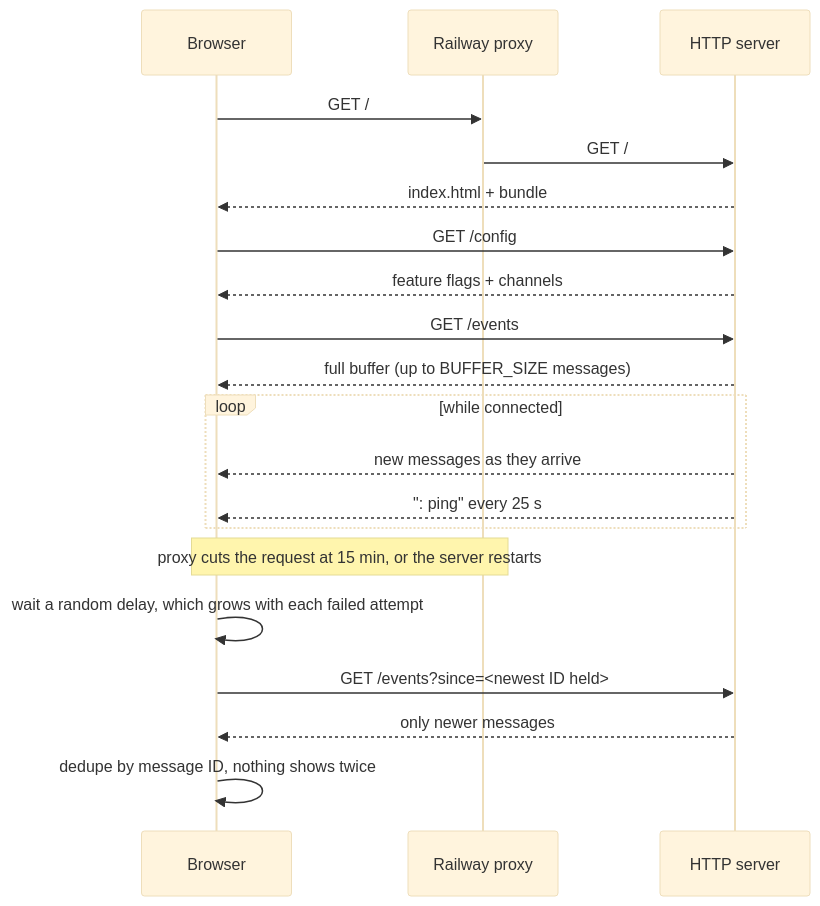
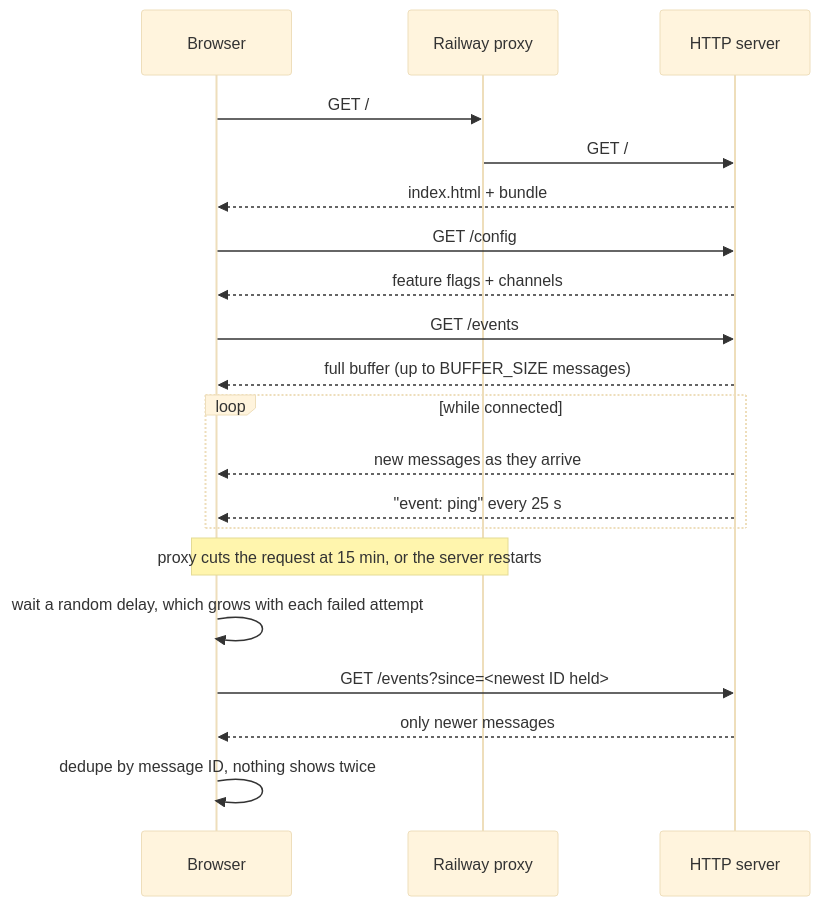
The fourth of 5 diagrams in docs/system-specs/architecture.md (AmitKulkarni23/discord-relay), drawn with Mermaid (base theme) before and after one commit. The commit also changed other lines of this file and 8 other files, not shown here.

Commit message:
Ping with a named event the page can see, and reconnect when a stream goes silent for a minute.

````diff
--- a/docs/system-specs/architecture.md
+++ b/docs/system-specs/architecture.md
@@ -86,22 +86,22 @@
 ```mermaid
 sequenceDiagram
   participant W as Browser
   participant P as Railway proxy
   participant S as HTTP server
   W->>P: GET /
   P->>S: GET /
   S-->>W: index.html + bundle
   W->>S: GET /config
   S-->>W: feature flags + channels
   W->>S: GET /events
   S-->>W: full buffer (up to BUFFER_SIZE messages)
   loop while connected
     S-->>W: new messages as they arrive
-    S-->>W: ": ping" every 25 s
+    S-->>W: "event: ping" every 25 s
   end
   Note over P,W: proxy cuts the request at 15 min, or the server restarts
   W->>W: wait a random delay, which grows with each failed attempt
   W->>S: GET /events?since=<newest ID held>
   S-->>W: only newer messages
   W->>W: dedupe by message ID, nothing shows twice
 ```
````
